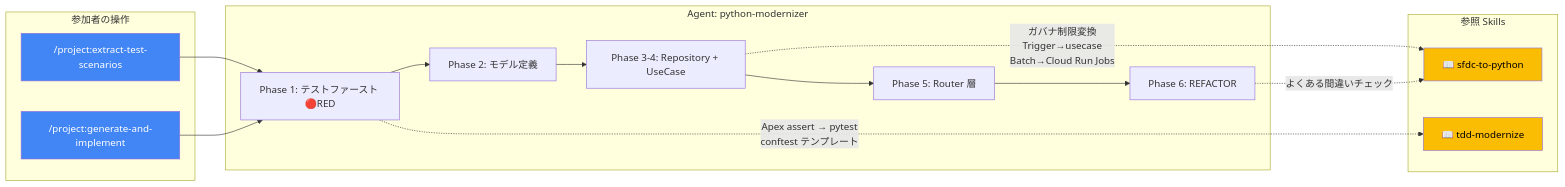
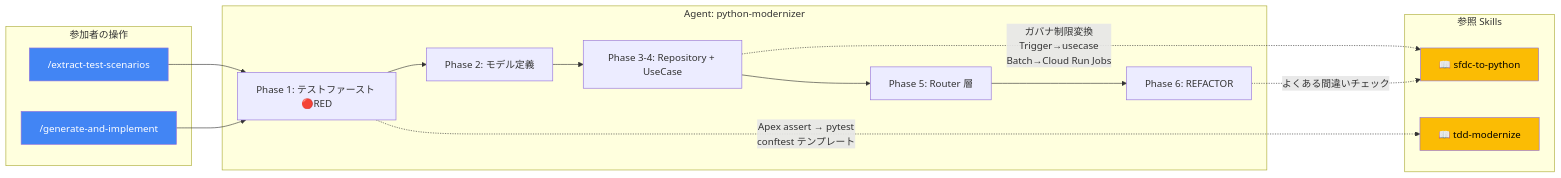
The sixth of 9 diagrams in workshop-real/README.md (tyorikan/migration-with-ai), drawn with Mermaid before and after one commit. The commit also changed other lines of this file and 5 other files, not shown here.

````diff
--- a/workshop-real/README.md
+++ b/workshop-real/README.md
@@ -338,31 +338,31 @@
 ```mermaid
 flowchart LR
     subgraph "参加者の操作"
-        C5["/project:extract-test-scenarios"]
-        C6["/project:generate-and-implement"]
+        C5["/extract-test-scenarios"]
+        C6["/generate-and-implement"]
     end
 
     subgraph "Agent: python-modernizer"
         D1["Phase 1: テストファースト 🔴RED"]
         D2["Phase 2: モデル定義"]
         D3["Phase 3-4: Repository + UseCase"]
         D4["Phase 5: Router 層"]
         D5["Phase 6: REFACTOR"]
     end
 
     subgraph "参照 Skills"
         S3["📖 sfdc-to-python"]
         S4["📖 tdd-modernize"]
     end
 
     C5 --> D1
     C6 --> D1 --> D2 --> D3 --> D4 --> D5
     D1 -.->|"Apex assert → pytest<br/>conftest テンプレート"| S4
     D3 -.->|"ガバナ制限変換<br/>Trigger→usecase<br/>Batch→Cloud Run Jobs"| S3
     D5 -.->|"よくある間違いチェック"| S3
 
     style C5 fill:#4285F4,color:#fff
     style C6 fill:#4285F4,color:#fff
     style S3 fill:#FBBC04,color:#000
     style S4 fill:#FBBC04,color:#000
 ```
````
